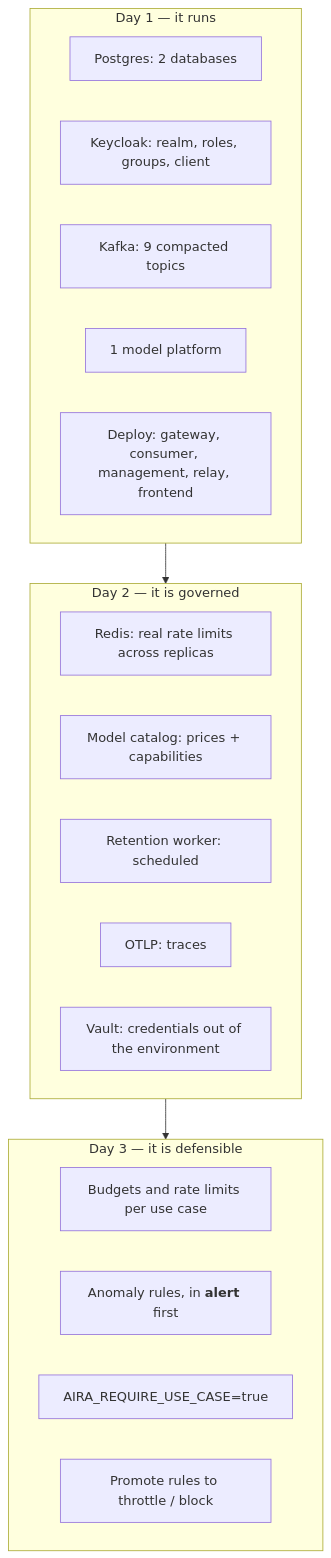
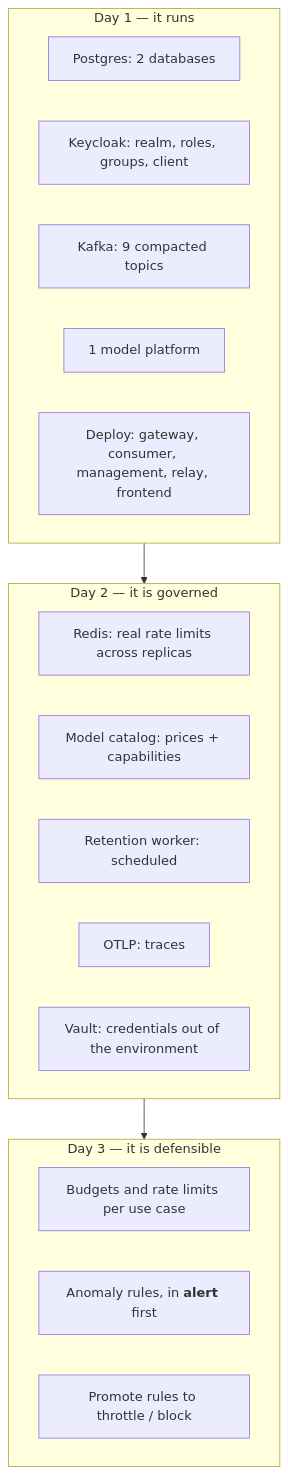
One commit to InigoImago/AIRA-Gateway changed the second of 2 diagrams in docs/INTEGRATIONS.md. Above: the diagram before and after it, drawn with Mermaid. The commit also changed other lines of this file and 109 other files, not shown here.

````diff
--- a/docs/INTEGRATIONS.md
+++ b/docs/INTEGRATIONS.md
@@ -1510,24 +1510,23 @@
 ```mermaid
 graph TB
     subgraph day1["Day 1 — it runs"]
         a1["Postgres: 2 databases"]
         a2["Keycloak: realm, roles, groups, client"]
         a3["Kafka: 9 compacted topics"]
         a4["1 model platform"]
         a5["Deploy: gateway, consumer, management, relay, frontend"]
     end
     subgraph day2["Day 2 — it is governed"]
         b1["Redis: real rate limits across replicas"]
         b2["Model catalog: prices + capabilities"]
         b3["Retention worker: scheduled"]
         b4["OTLP: traces"]
         b5["Vault: credentials out of the environment"]
     end
     subgraph day3["Day 3 — it is defensible"]
         c1["Budgets and rate limits per use case"]
         c2["Anomaly rules, in <b>alert</b> first"]
-        c3["AIRA_REQUIRE_USE_CASE=true"]
         c4["Promote rules to throttle / block"]
     end
     day1 --> day2 --> day3
 ```
````
